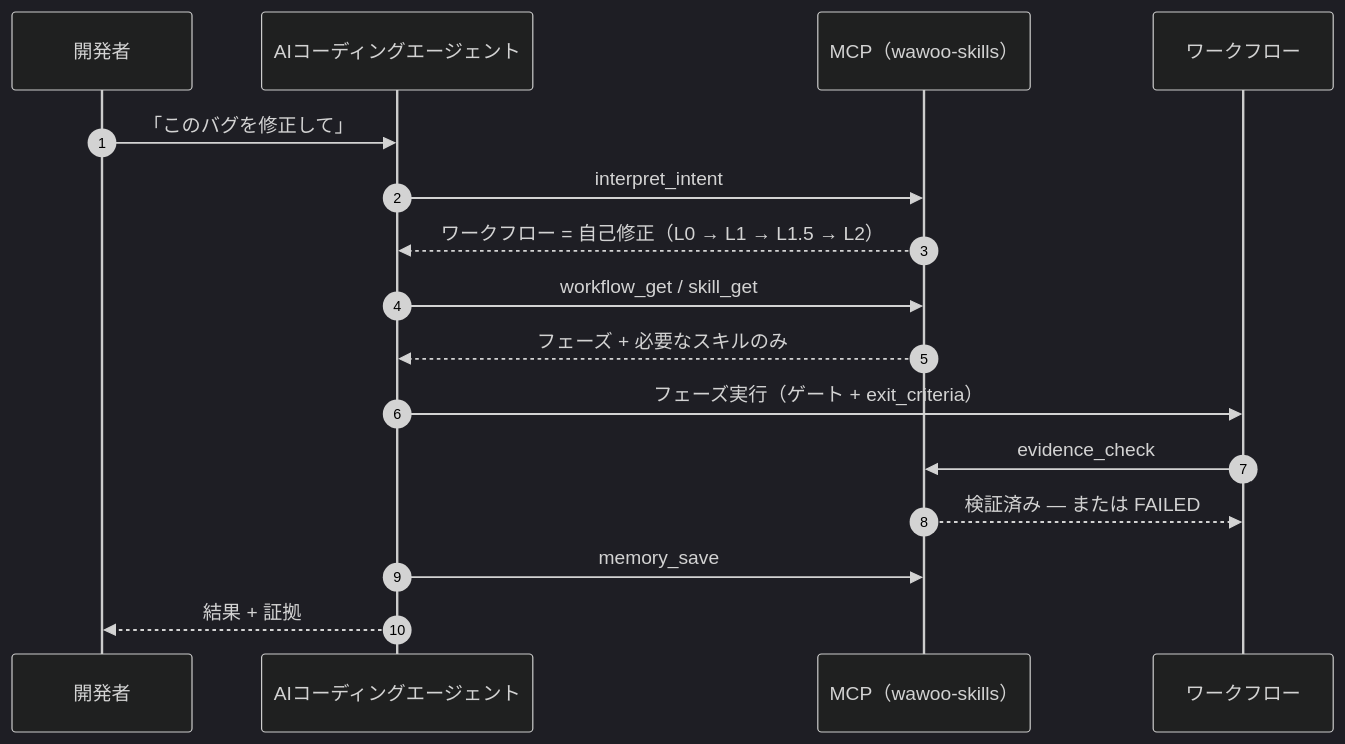
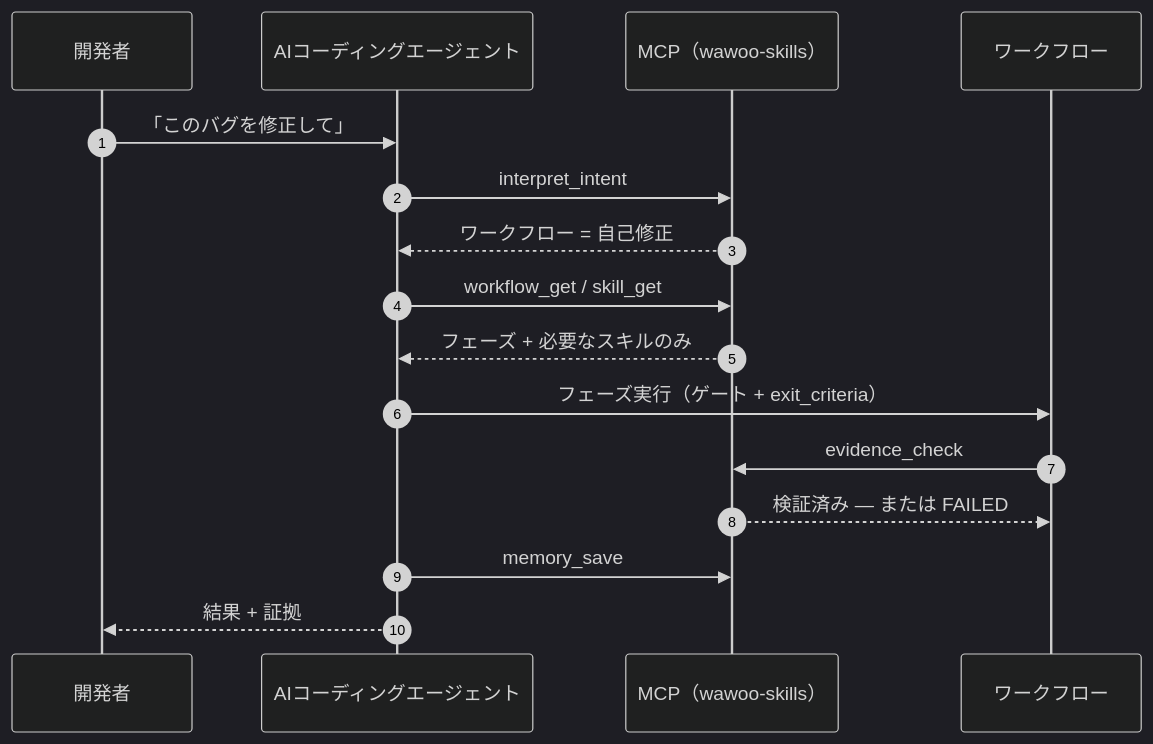
Before and after one commit to parkwoo/wawoo-agent-skills: the diagram in README.ja.md, drawn with Mermaid (dark theme). The commit also changed 3 other files, not shown here.

Commit message:
docs: drop internal L0..L2 labels from the sequence diagram message

````diff
--- a/README.ja.md
+++ b/README.ja.md
@@ -62,18 +62,18 @@
 ```mermaid
 sequenceDiagram
     autonumber
     participant U as 開発者
     participant A as AIコーディングエージェント
     participant M as MCP（wawoo-skills）
     participant W as ワークフロー
     U->>A: 「このバグを修正して」
     A->>M: interpret_intent
-    M-->>A: ワークフロー = 自己修正（L0 → L1 → L1.5 → L2）
+    M-->>A: ワークフロー = 自己修正
     A->>M: workflow_get / skill_get
     M-->>A: フェーズ + 必要なスキルのみ
     A->>W: フェーズ実行（ゲート + exit_criteria）
     W->>M: evidence_check
     M-->>W: 検証済み — または FAILED
     A->>M: memory_save
     A-->>U: 結果 + 証拠
 ```
````
